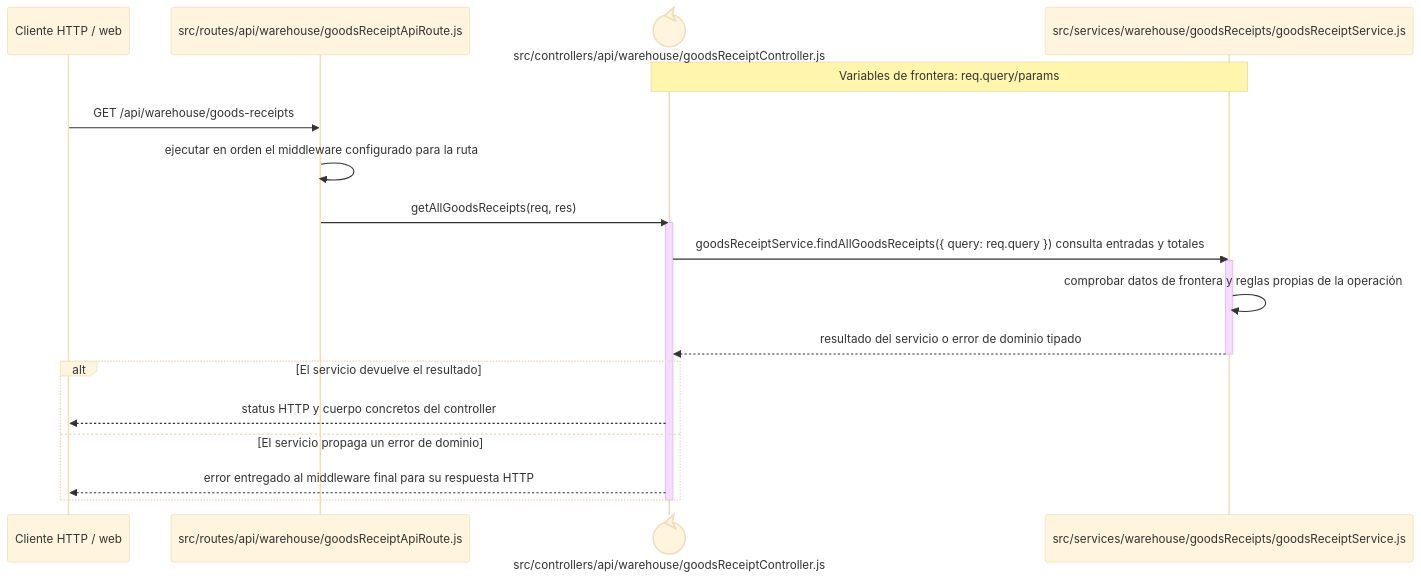
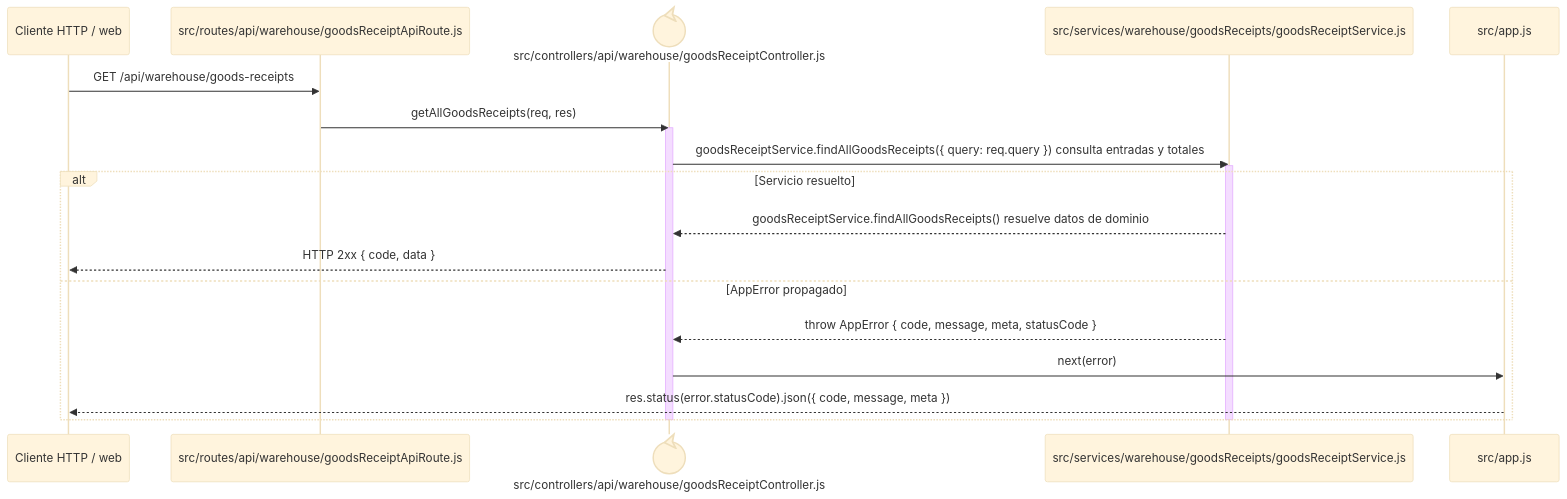
Before and after one commit to gpgsistemas01/nexus: the diagram in docs/architecture/backend-code-sequences/purchases/cu-ent-01.md, drawn with Mermaid (base theme). The commit also changed 148 other files, not shown here.

````diff
--- a/docs/architecture/backend-code-sequences/purchases/cu-ent-01.md
+++ b/docs/architecture/backend-code-sequences/purchases/cu-ent-01.md
@@ -6,24 +6,24 @@
 ```mermaid
 sequenceDiagram
     participant Client as Cliente HTTP / web
     participant Route as src/routes/api/warehouse/goodsReceiptApiRoute.js
     participant Controller@{ "type": "control" } as src/controllers/api/warehouse/goodsReceiptController.js
     participant Domain as src/services/warehouse/goodsReceipts/goodsReceiptService.js
-    Note over Controller,Domain: Variables de frontera: req.query/params
+    participant ErrorHandler as src/app.js
 
     Client->>Route: GET /api/warehouse/goods-receipts
-    Route->>Route: ejecutar en orden el middleware configurado para la ruta
     Route->>Controller: getAllGoodsReceipts(req, res)
     activate Controller
     Controller->>Domain: goodsReceiptService.findAllGoodsReceipts({ query: req.query }) consulta entradas y totales
     activate Domain
-    Domain->>Domain: comprobar datos de frontera y reglas propias de la operación
-    Domain-->>Controller: resultado del servicio o error de dominio tipado
+    alt Servicio resuelto
+        Domain-->>Controller: goodsReceiptService.findAllGoodsReceipts() resuelve datos de dominio
+        Controller-->>Client: HTTP 2xx { code, data }
+    else AppError propagado
+        Domain-->>Controller: throw AppError { code, message, meta, statusCode }
+        Controller->>ErrorHandler: next(error)
+        ErrorHandler-->>Client: res.status(error.statusCode).json({ code, message, meta })
+    end
     deactivate Domain
-    alt El servicio devuelve el resultado
-        Controller-->>Client: status HTTP y cuerpo concretos del controller
-    else El servicio propaga un error de dominio
-        Controller-->>Client: error entregado al middleware final para su respuesta HTTP
-    end
     deactivate Controller
 ```
````
